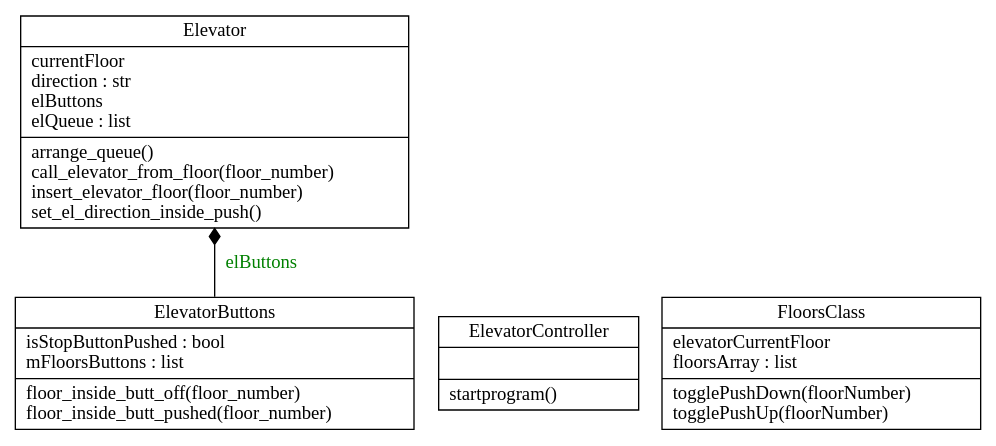
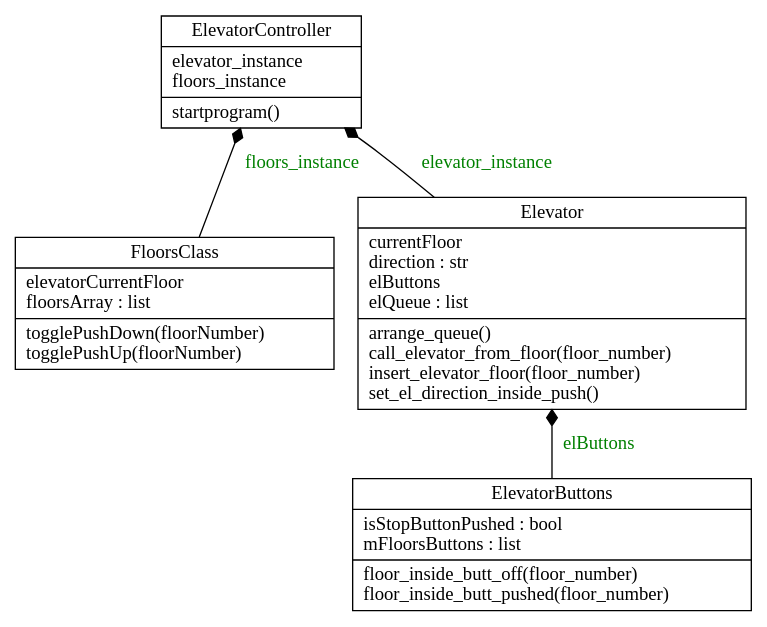
One commit to rtgfd157/ElevatorControllerProj changed the diagram in classes_MyUML.dot. Above: the diagram before and after it, drawn with Graphviz. The commit also changed 6 other files, not shown here.

Commit message:
added instance of floors in ElevatorController

```diff
--- a/classes_MyUML.dot
+++ b/classes_MyUML.dot
@@ -1,9 +1,11 @@
 digraph "classes_MyUML" {
 charset="utf-8"
 rankdir=BT
 "0" [label="{Elevator|currentFloor\ldirection : str\lelButtons\lelQueue : list\l|arrange_queue()\lcall_elevator_from_floor(floor_number)\linsert_elevator_floor(floor_number)\lset_el_direction_inside_push()\l}", shape="record"];
 "1" [label="{ElevatorButtons|isStopButtonPushed : bool\lmFloorsButtons : list\l|floor_inside_butt_off(floor_number)\lfloor_inside_butt_pushed(floor_number)\l}", shape="record"];
-"2" [label="{ElevatorController|\l|startprogram()\l}", shape="record"];
+"2" [label="{ElevatorController|elevator_instance\lfloors_instance\l|startprogram()\l}", shape="record"];
 "3" [label="{FloorsClass|elevatorCurrentFloor\lfloorsArray : list\l|togglePushDown(floorNumber)\ltogglePushUp(floorNumber)\l}", shape="record"];
+"0" -> "2" [arrowhead="diamond", arrowtail="none", fontcolor="green", label="elevator_instance", style="solid"];
 "1" -> "0" [arrowhead="diamond", arrowtail="none", fontcolor="green", label="elButtons", style="solid"];
+"3" -> "2" [arrowhead="diamond", arrowtail="none", fontcolor="green", label="floors_instance", style="solid"];
 }
```
